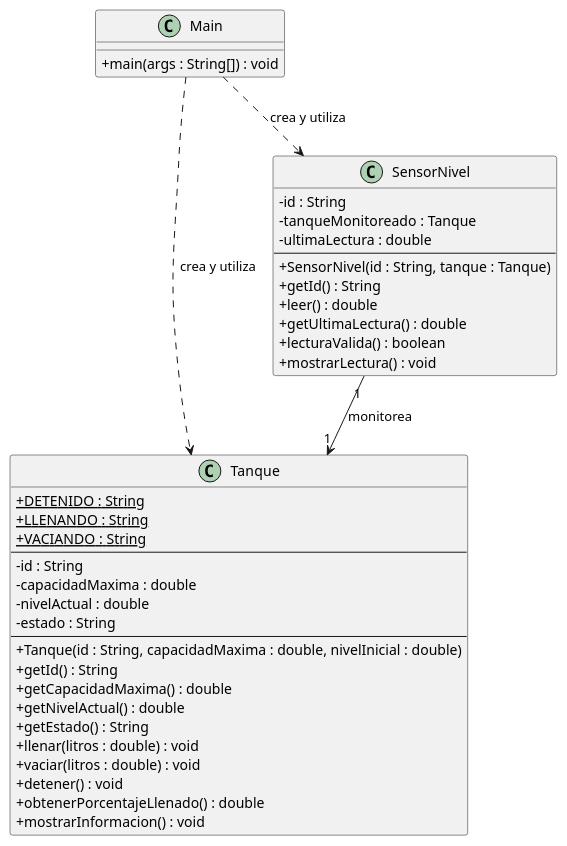
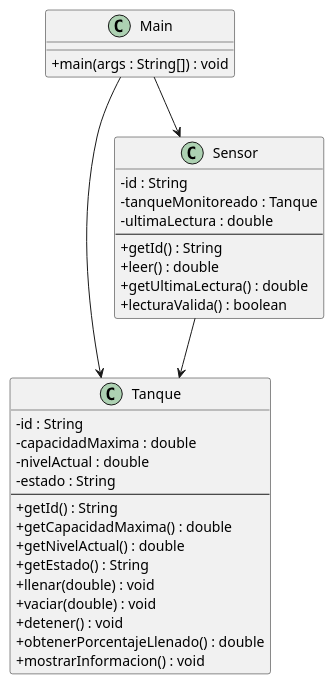
The diagram in docs/uml-inicial.puml (alespyba1/sistema-monitoreo-java), drawn with PlantUML before and after one commit. The commit also changed 2 other files, not shown here.

```diff
--- a/docs/uml-inicial.puml
+++ b/docs/uml-inicial.puml
@@ -1,47 +1,40 @@
 @startuml
 skinparam classAttributeIconSize 0
 
 class Tanque {
-  + {static} DETENIDO : String
-  + {static} LLENANDO : String
-  + {static} VACIANDO : String
-  --
   - id : String
   - capacidadMaxima : double
   - nivelActual : double
   - estado : String
   --
-  + Tanque(id : String, capacidadMaxima : double, nivelInicial : double)
   + getId() : String
   + getCapacidadMaxima() : double
   + getNivelActual() : double
   + getEstado() : String
-  + llenar(litros : double) : void
-  + vaciar(litros : double) : void
+  + llenar(double) : void
+  + vaciar(double) : void
   + detener() : void
   + obtenerPorcentajeLlenado() : double
   + mostrarInformacion() : void
 }
 
-class SensorNivel {
+class Sensor {
   - id : String
   - tanqueMonitoreado : Tanque
   - ultimaLectura : double
   --
-  + SensorNivel(id : String, tanque : Tanque)
   + getId() : String
   + leer() : double
   + getUltimaLectura() : double
   + lecturaValida() : boolean
-  + mostrarLectura() : void
 }
 
 class Main {
   + main(args : String[]) : void
 }
 
-SensorNivel "1" --> "1" Tanque : monitorea
-Main ..> Tanque : crea y utiliza
-Main ..> SensorNivel : crea y utiliza
+Sensor  -->  Tanque
+Main --> Tanque
+Main --> Sensor
 
 @enduml
```
